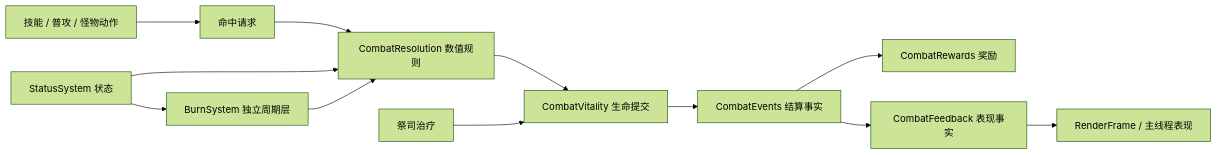
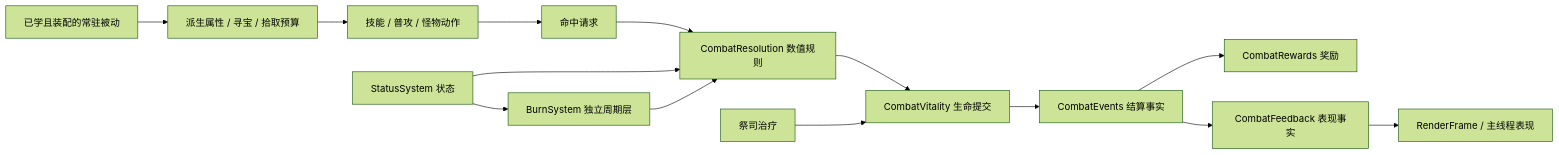
One commit to lanyik/lanyik changed the diagram in docs/game/combat-architecture.md. Above: the diagram before and after it, drawn with Mermaid (forest theme). The commit also changed other lines of this file and 41 other files, not shown here.

````diff
--- a/docs/game/combat-architecture.md
+++ b/docs/game/combat-architecture.md
@@ -26,14 +27,16 @@
 ```mermaid
 flowchart LR
-    A[技能 / 普攻 / 怪物动作] --> B[命中请求]
+    L[已学且装配的常驻被动] --> V[派生属性 / 寻宝 / 拾取预算]
+    V --> A[技能 / 普攻 / 怪物动作]
+    A --> B[命中请求]
     B --> C[CombatResolution 数值规则]
     S[StatusSystem 状态] --> C
     S --> P[BurnSystem 独立周期层]
     P --> C
     C --> D[CombatVitality 生命提交]
     H[祭司治疗] --> D
     D --> E[CombatEvents 结算事实]
     E --> F[CombatRewards 奖励]
     E --> G[CombatFeedback 表现事实]
     G --> R[RenderFrame / 主线程表现]
 ```
````
